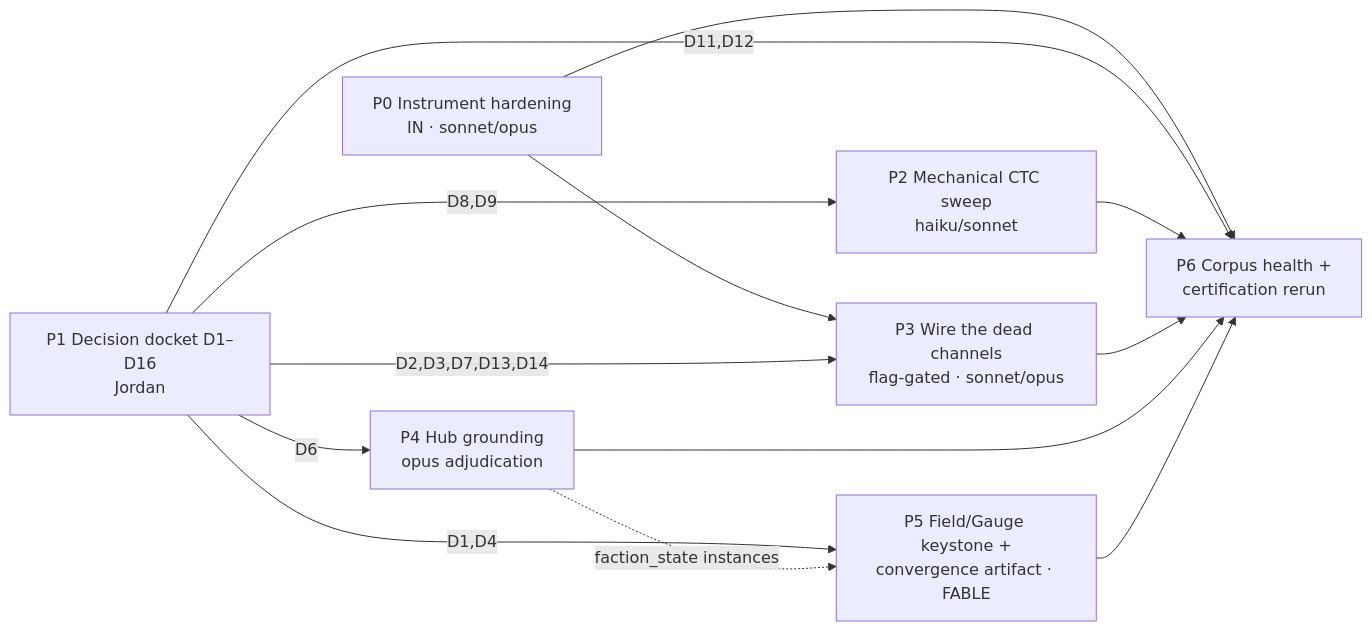
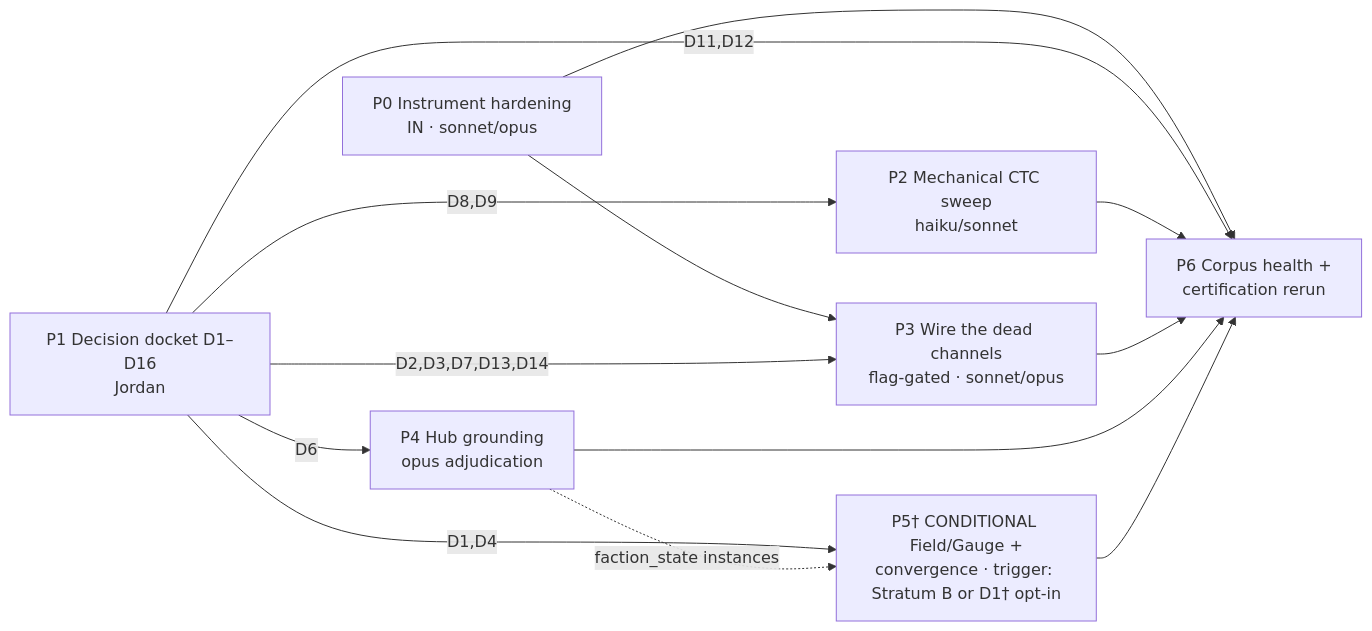
One commit to jordanelias/ttrpg changed the diagram in designs/audit/2026-07-14-gameplay-subsystem-observatory/remediation_plan_v1.md. Above: the diagram before and after it, drawn with Mermaid. The commit also changed other lines of this file and 2 other files, not shown here.

````diff
--- a/designs/audit/2026-07-14-gameplay-subsystem-observatory/remediation_plan_v1.md
+++ b/designs/audit/2026-07-14-gameplay-subsystem-observatory/remediation_plan_v1.md
@@ -67,18 +86,18 @@
 ```mermaid
 flowchart LR
   P0[P0 Instrument hardening<br/>IN · sonnet/opus]
   P1[P1 Decision docket D1–D16<br/>Jordan]
   P2[P2 Mechanical CTC sweep<br/>haiku/sonnet]
   P3[P3 Wire the dead channels<br/>flag-gated · sonnet/opus]
   P4[P4 Hub grounding<br/>opus adjudication]
-  P5[P5 Field/Gauge keystone +<br/>convergence artifact · FABLE]
+  P5[P5† CONDITIONAL Field/Gauge +<br/>convergence · trigger: Stratum B or D1† opt-in]
   P6[P6 Corpus health +<br/>certification rerun]
   P0 --> P3 & P6
   P1 -->|D8,D9| P2
   P1 -->|D2,D3,D7,D13,D14| P3
   P1 -->|D6| P4
   P1 -->|D1,D4| P5
   P1 -->|D11,D12| P6
   P4 -.->|faction_state instances| P5
   P2 & P3 & P4 & P5 --> P6
 ```
````
